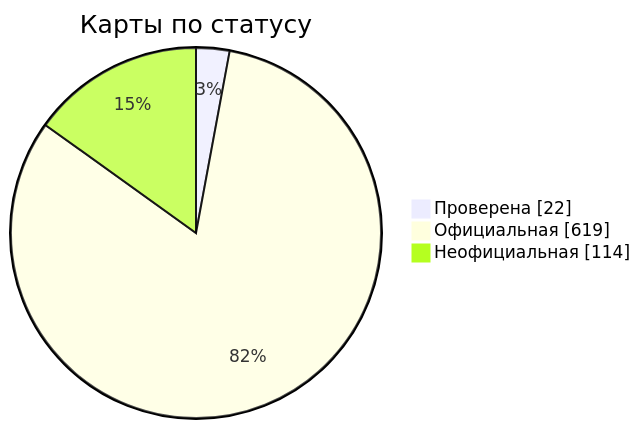
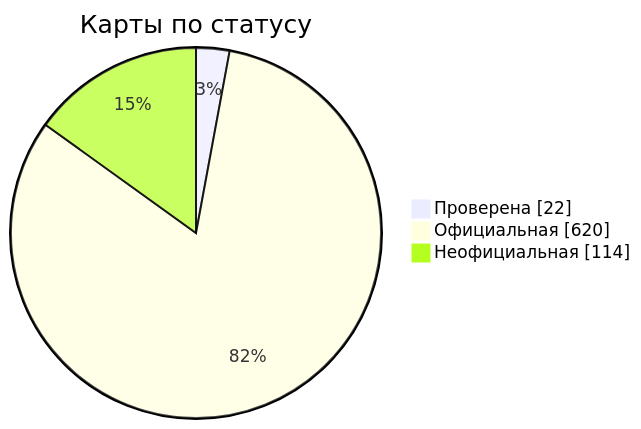
The diagram in docs/readme/README_RU.md (nobrega8/mbmap-library), drawn with Mermaid before and after one commit. The commit also changed 6 other files, not shown here.

````diff
--- a/docs/readme/README_RU.md
+++ b/docs/readme/README_RU.md
@@ -54,7 +54,7 @@
 ```mermaid
 pie showData
     title Карты по статусу
     "Проверена" : 22
-    "Официальная" : 619
+    "Официальная" : 620
     "Неофициальная" : 114
 ```
````
